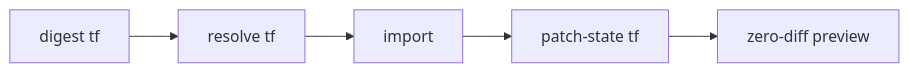
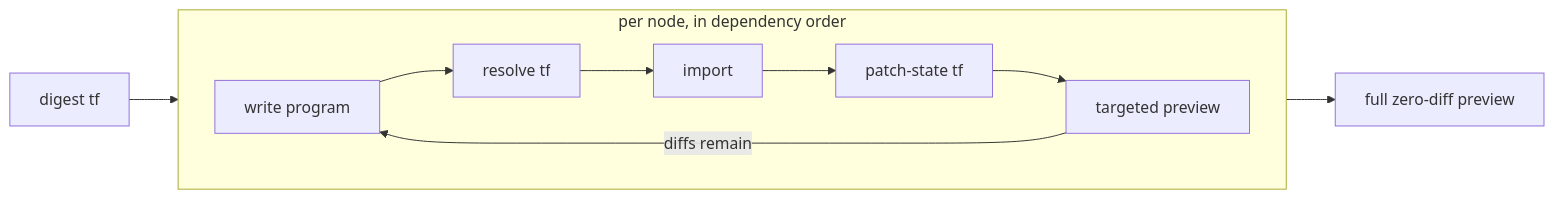
Before and after one commit to pulumi/docs: the diagram in content/docs/iac/guides/migration/migrating-to-pulumi/terraform-import-tool.md, drawn with Mermaid. The commit also changed other lines of this file and 1 other file, not shown here.

Commit message:
Show the per-node outer loop in the pipeline diagrams and descriptions
The digest runs once; write → resolve → import → patch-state → targeted
preview repeats per node in dependency order, with a full preview
closing the migration. Both mermaid diagrams now show the loop
(render-validated with mermaid-cli), and the docs verify step
distinguishes targeted from full previews.

````diff
--- a/content/docs/iac/guides/migration/migrating-to-pulumi/terraform-import-tool.md
+++ b/content/docs/iac/guides/migration/migrating-to-pulumi/terraform-import-tool.md
@@ -63,7 +63,10 @@
 ```mermaid
 flowchart LR
-    A["digest tf"] --> B["resolve tf"]
-    B --> C["import"]
-    C --> D["patch-state tf"]
-    D --> E["zero-diff preview"]
+    A["digest tf"] --> S
+    subgraph S ["per node, in dependency order"]
+        direction LR
+        B["write program"] --> C["resolve tf"] --> D["import"] --> E["patch-state tf"] --> F["targeted preview"]
+        F -->|diffs remain| B
+    end
+    S --> G["full zero-diff preview"]
 ```
````
